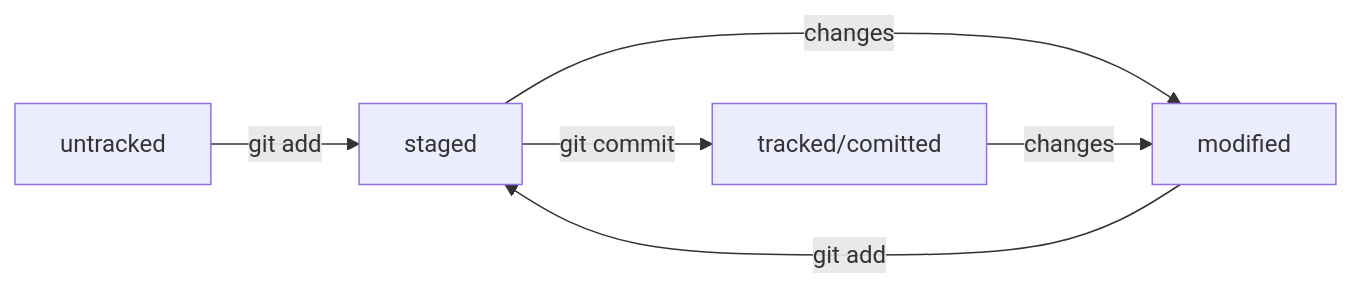
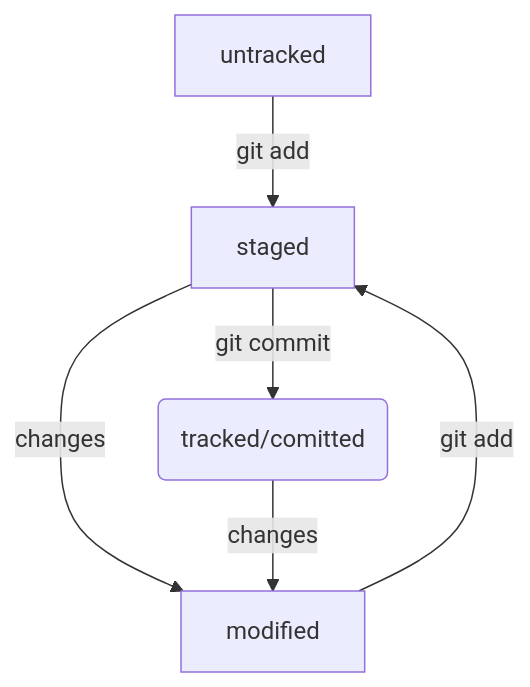
One commit to DAlkhatov/Files_of_DepartmentRZA changed the diagram in README.md. Above: the diagram before and after it, drawn with Mermaid.

Commit message:
New change of mermaid to file README

````diff
--- a/README.md
+++ b/README.md
@@ -122,10 +122,8 @@
 ```mermaid
-graph LR;
-  untracked -- "git add" --> staged;
-  modified -- "git add" --> staged;
-  staged -- "changes" --> modified;
-  staged -- "git commit" --> tracked/comitted;
-  tracked/comitted -- "changes" --> modified
-
-
+flowchart TD;
+  A[untracked] -- "git add" --> B[staged];
+  B -- changes --> C[modified];
+  B -- "git commit" --> D(tracked/comitted);
+  C -- "git add" --> B;
+  D -- changes --> C;
 ```
````
